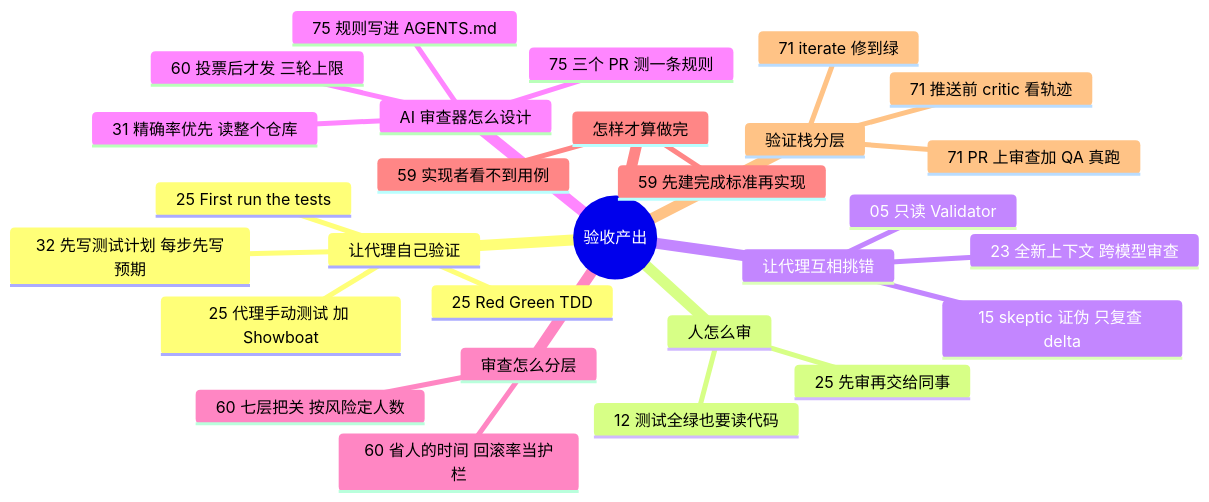
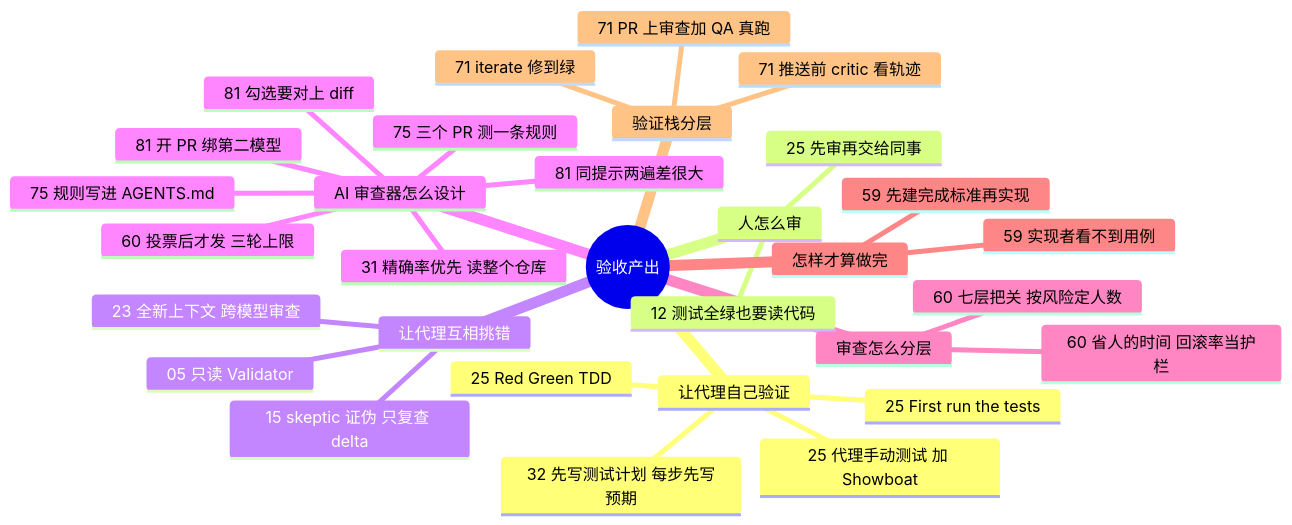
Before and after one commit to yzw7489757/ai-coding-videos: the diagram in docs/guide/review.md, drawn with Mermaid. The commit also changed other lines of this file and 17 other files, not shown here.

````diff
--- a/docs/guide/review.md
+++ b/docs/guide/review.md
@@ -15,31 +15,34 @@
 ```mermaid
 mindmap
   root((验收产出))
     让代理自己验证
       25 Red Green TDD
       25 First run the tests
       25 代理手动测试 加 Showboat
       32 先写测试计划 每步先写预期
     人怎么审
       12 测试全绿也要读代码
       25 先审再交给同事
     让代理互相挑错
       15 skeptic 证伪 只复查 delta
       05 只读 Validator
       23 全新上下文 跨模型审查
     AI 审查器怎么设计
       31 精确率优先 读整个仓库
       60 投票后才发 三轮上限
       75 规则写进 AGENTS.md
       75 三个 PR 测一条规则
+      81 同提示两遍差很大
+      81 开 PR 绑第二模型
+      81 勾选要对上 diff
     审查怎么分层
       60 七层把关 按风险定人数
       60 省人的时间 回滚率当护栏
     怎样才算做完
       59 先建完成标准再实现
       59 实现者看不到用例
     验证栈分层
       71 推送前 critic 看轨迹
       71 PR 上审查加 QA 真跑
       71 iterate 修到绿
 ```
````
